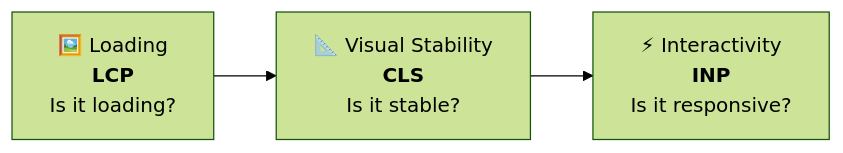
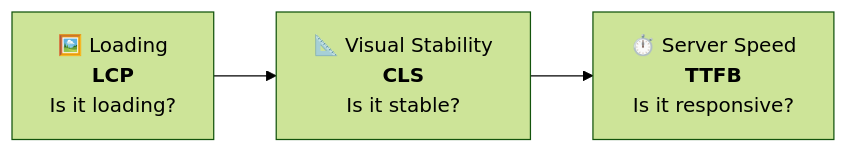
One commit to getloconow/Loco_Performance_Automation changed the first of 7 diagrams in README.md. Above: the diagram before and after it, drawn with Mermaid (forest theme). The commit also changed other lines of this file, not shown here.

````diff
--- a/README.md
+++ b/README.md
@@ -51,5 +52,5 @@
 ```mermaid
 graph LR
     A["🖼️ Loading<br/><b>LCP</b><br/>Is it loading?"] --> B["📐 Visual Stability<br/><b>CLS</b><br/>Is it stable?"]
-    B --> C["⚡ Interactivity<br/><b>INP</b><br/>Is it responsive?"]
+    B --> C["⏱️ Server Speed<br/><b>TTFB</b><br/>Is it responsive?"]
 ```
````
